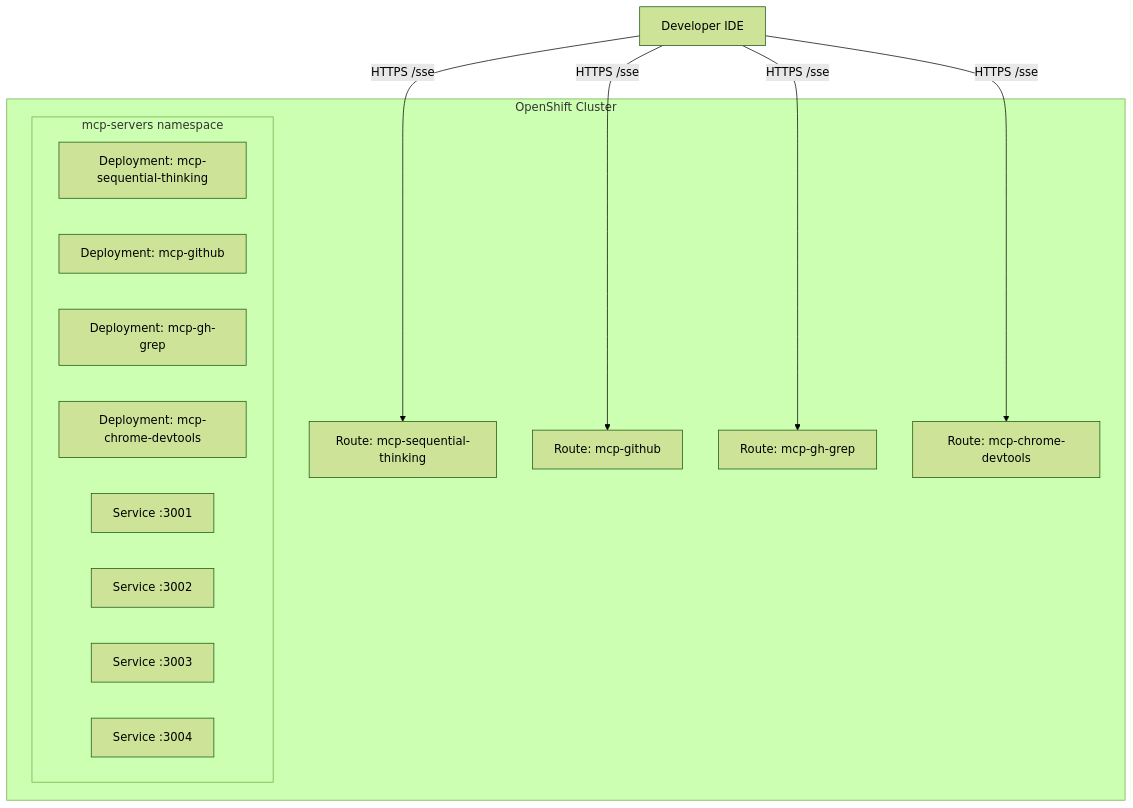
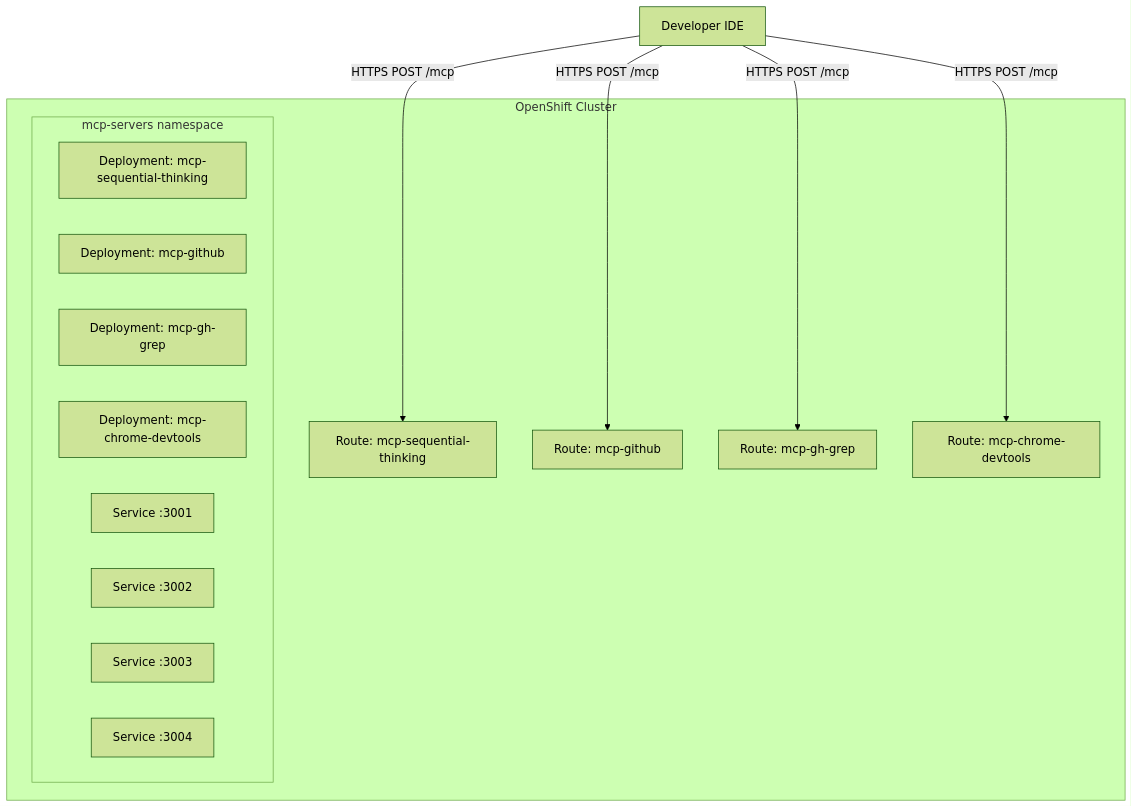
The second of 2 diagrams in 1_mcp_servers/1_mcp_overview.md (hyogrin/rhoai-coding-assistant-lab), drawn with Mermaid (forest theme) before and after one commit. The commit also changed other lines of this file and 16 other files, not shown here.

First line of the commit message:
Migrate all MCP servers from SSE to Streamable HTTP transport

````diff
--- a/1_mcp_servers/1_mcp_overview.md
+++ b/1_mcp_servers/1_mcp_overview.md
@@ -46,26 +46,26 @@
 ```mermaid
 flowchart TB
     subgraph "OpenShift Cluster"
         subgraph "mcp-servers namespace"
             D1[Deployment: mcp-sequential-thinking]
             D2[Deployment: mcp-github]
             D3[Deployment: mcp-gh-grep]
             D4[Deployment: mcp-chrome-devtools]
 
             S1[Service :3001]
             S2[Service :3002]
             S3[Service :3003]
             S4[Service :3004]
         end
 
         R1[Route: mcp-sequential-thinking]
         R2[Route: mcp-github]
         R3[Route: mcp-gh-grep]
         R4[Route: mcp-chrome-devtools]
     end
 
-    IDE[Developer IDE] -->|HTTPS /sse| R1
-    IDE -->|HTTPS /sse| R2
-    IDE -->|HTTPS /sse| R3
-    IDE -->|HTTPS /sse| R4
+    IDE[Developer IDE] -->|HTTPS POST /mcp| R1
+    IDE -->|HTTPS POST /mcp| R2
+    IDE -->|HTTPS POST /mcp| R3
+    IDE -->|HTTPS POST /mcp| R4
 ```
````
